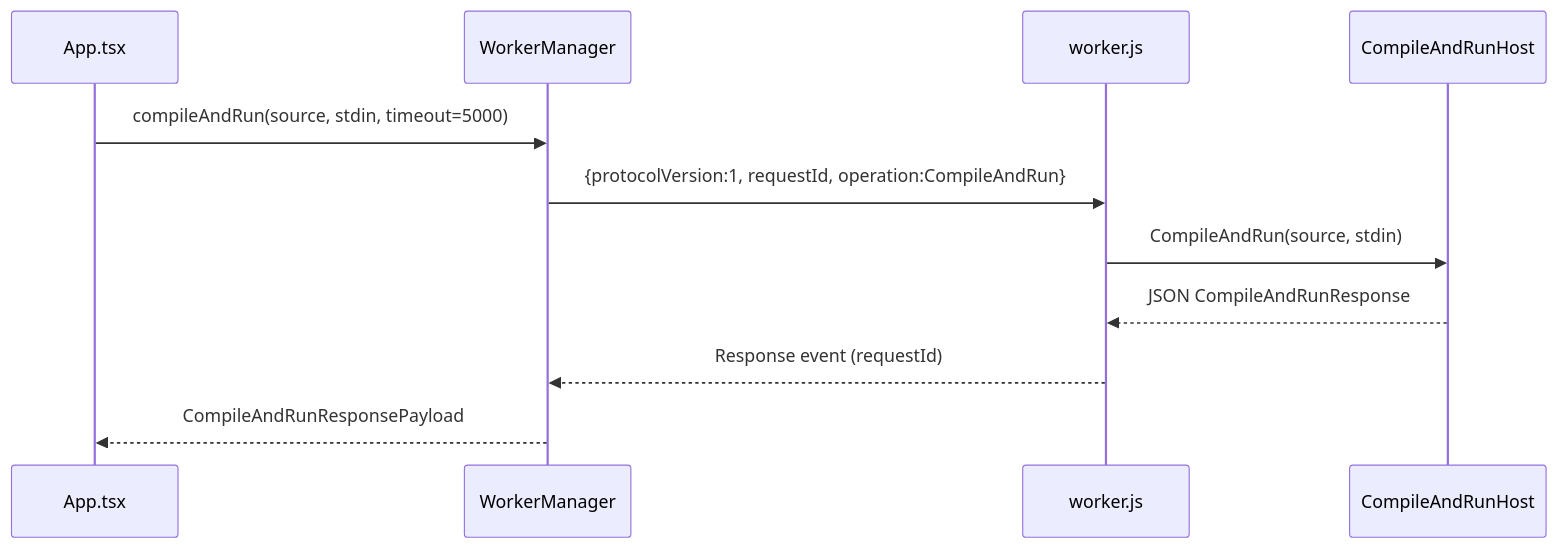
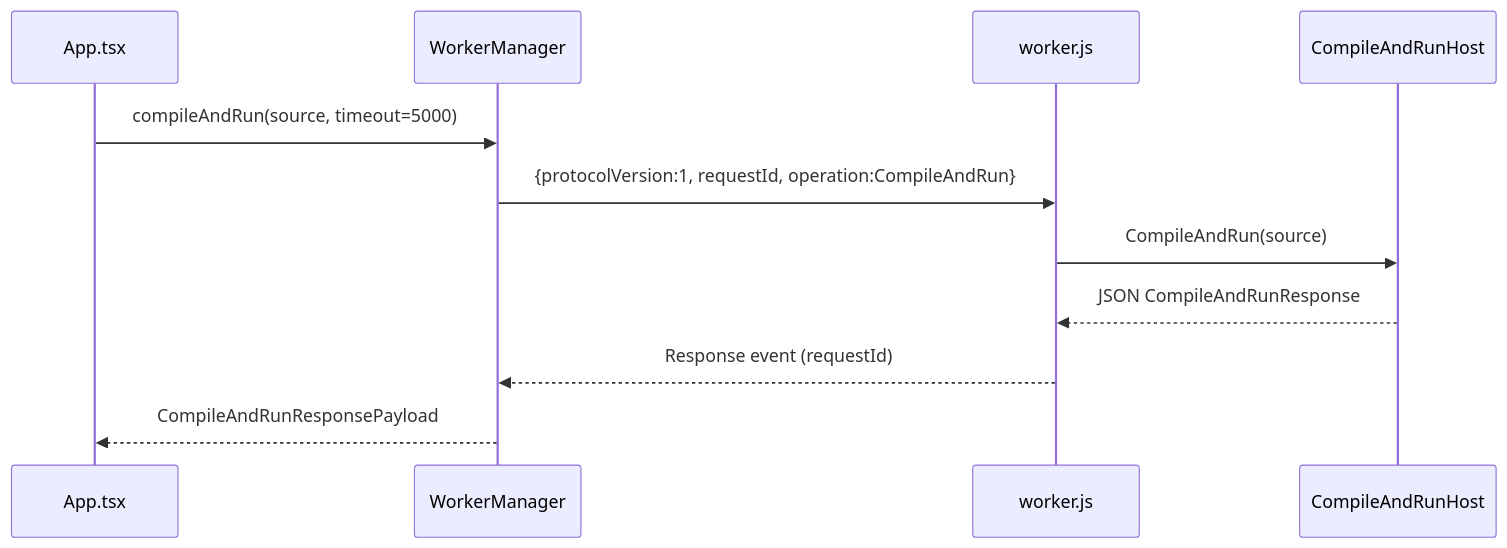
Before and after one commit to hunk7/codedotnet: the first of 2 diagrams in docs/context/runtime-flows.md, drawn with Mermaid. The commit also changed other lines of this file and 79 other files, not shown here.

````diff
--- a/docs/context/runtime-flows.md
+++ b/docs/context/runtime-flows.md
@@ -13,13 +13,13 @@
 ```mermaid
 sequenceDiagram
   participant UI as App.tsx
   participant WM as WorkerManager
   participant W as worker.js
   participant H as CompileAndRunHost
-  UI->>WM: compileAndRun(source, stdin, timeout=5000)
+  UI->>WM: compileAndRun(source, timeout=5000)
   WM->>W: {protocolVersion:1, requestId, operation:CompileAndRun}
-  W->>H: CompileAndRun(source, stdin)
+  W->>H: CompileAndRun(source)
   H-->>W: JSON CompileAndRunResponse
   W-->>WM: Response event (requestId)
   WM-->>UI: CompileAndRunResponsePayload
 ```
````
